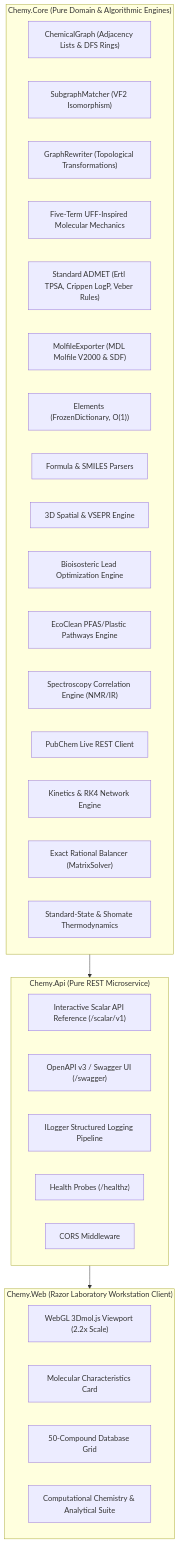
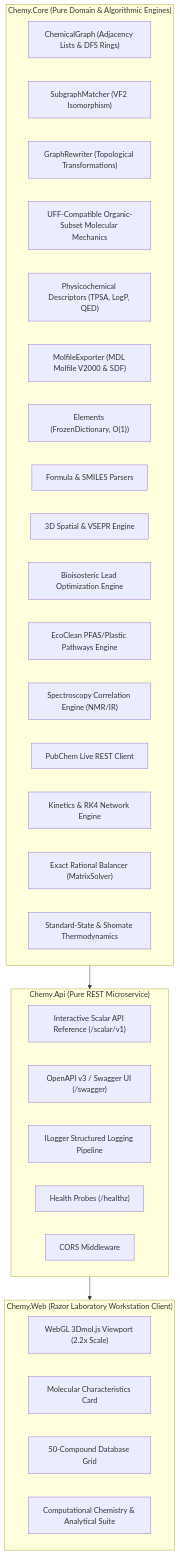
One commit to mouralx/chemy changed the diagram in docs/ARCHITECTURE.md. Above: the diagram before and after it, drawn with Mermaid. The commit also changed other lines of this file and 29 other files, not shown here.

````diff
--- a/docs/ARCHITECTURE.md
+++ b/docs/ARCHITECTURE.md
@@ -9,39 +11,39 @@
 ```mermaid
 graph TD
     subgraph Core["Chemy.Core (Pure Domain & Algorithmic Engines)"]
         Graph["ChemicalGraph (Adjacency Lists & DFS Rings)"]
         Matcher["SubgraphMatcher (VF2 Isomorphism)"]
         Rewriter["GraphRewriter (Topological Transformations)"]
-        ForceField["Five-Term UFF-Inspired Molecular Mechanics"]
-        ADMET["Standard ADMET (Ertl TPSA, Crippen LogP, Veber Rules)"]
+        ForceField["UFF-Compatible Organic-Subset Molecular Mechanics"]
+        ADMET["Physicochemical Descriptors (TPSA, LogP, QED)"]
         Molfile["MolfileExporter (MDL Molfile V2000 & SDF)"]
         Elements["Elements (FrozenDictionary, O(1))"]
         Parsing["Formula & SMILES Parsers"]
         Spatial["3D Spatial & VSEPR Engine"]
         Evolver["Bioisosteric Lead Optimization Engine"]
         EcoClean["EcoClean PFAS/Plastic Pathways Engine"]
         Spec["Spectroscopy Correlation Engine (NMR/IR)"]
         Cloud["PubChem Live REST Client"]
         Kinetics["Kinetics & RK4 Network Engine"]
         Stoich["Exact Rational Balancer (MatrixSolver)"]
         Thermo["Standard-State & Shomate Thermodynamics"]
     end
 
     subgraph API["Chemy.Api (Pure REST Microservice)"]
         Scalar["Interactive Scalar API Reference (/scalar/v1)"]
         Swagger["OpenAPI v3 / Swagger UI (/swagger)"]
         Logging["ILogger Structured Logging Pipeline"]
         HealthChecks["Health Probes (/healthz)"]
         CorsMiddleware["CORS Middleware"]
     end
 
     subgraph Web["Chemy.Web (Razor Laboratory Workstation Client)"]
         Viewport["WebGL 3Dmol.js Viewport (2.2x Scale)"]
         Telemetry["Molecular Characteristics Card"]
         Catalog["50-Compound Database Grid"]
         Suite["Computational Chemistry & Analytical Suite"]
     end
 
     Core --> API
     API --> Web
 ```
````
